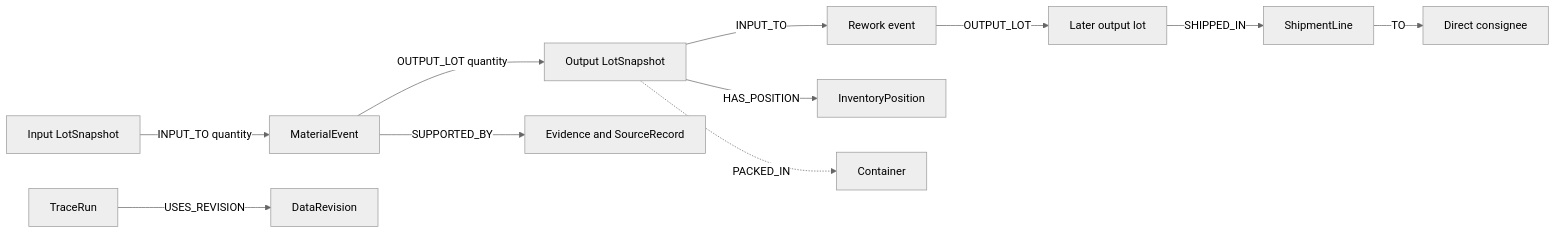
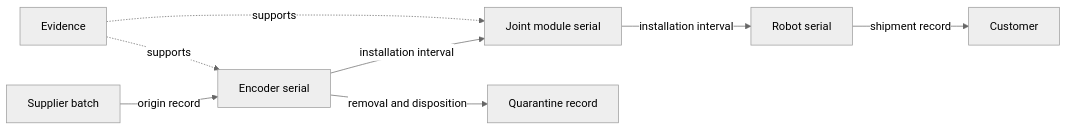
One commit to zubair480/belle-hackathon changed the diagram in docs/TECHNICAL_BLUEPRINT.md. Above: the diagram before and after it, drawn with Mermaid (neutral theme). The commit also changed other lines of this file and 21 other files, not shown here.

````diff
--- a/docs/TECHNICAL_BLUEPRINT.md
+++ b/docs/TECHNICAL_BLUEPRINT.md
@@ -49,13 +33,10 @@
 ```mermaid
 flowchart LR
-  L1[Input LotSnapshot] -->|INPUT_TO quantity| E[MaterialEvent]
-  E -->|OUTPUT_LOT quantity| L2[Output LotSnapshot]
-  L2 -->|INPUT_TO| R[Rework event]
-  R -->|OUTPUT_LOT| L3[Later output lot]
-  L2 -->|HAS_POSITION| P[InventoryPosition]
-  L3 -->|SHIPPED_IN| S[ShipmentLine]
-  S -->|TO| C[Direct consignee]
-  E -->|SUPPORTED_BY| V[Evidence and SourceRecord]
-  L2 -. PACKED_IN .-> X[Container]
-  T[TraceRun] -->|USES_REVISION| D[DataRevision]
+  B[Supplier batch] -->|origin record| C[Encoder serial]
+  C -->|installation interval| J[Joint module serial]
+  J -->|installation interval| R[Robot serial]
+  R -->|shipment record| U[Customer]
+  C -->|removal and disposition| Q[Quarantine record]
+  E[Evidence] -. supports .-> C
+  E -. supports .-> J
 ```
````
